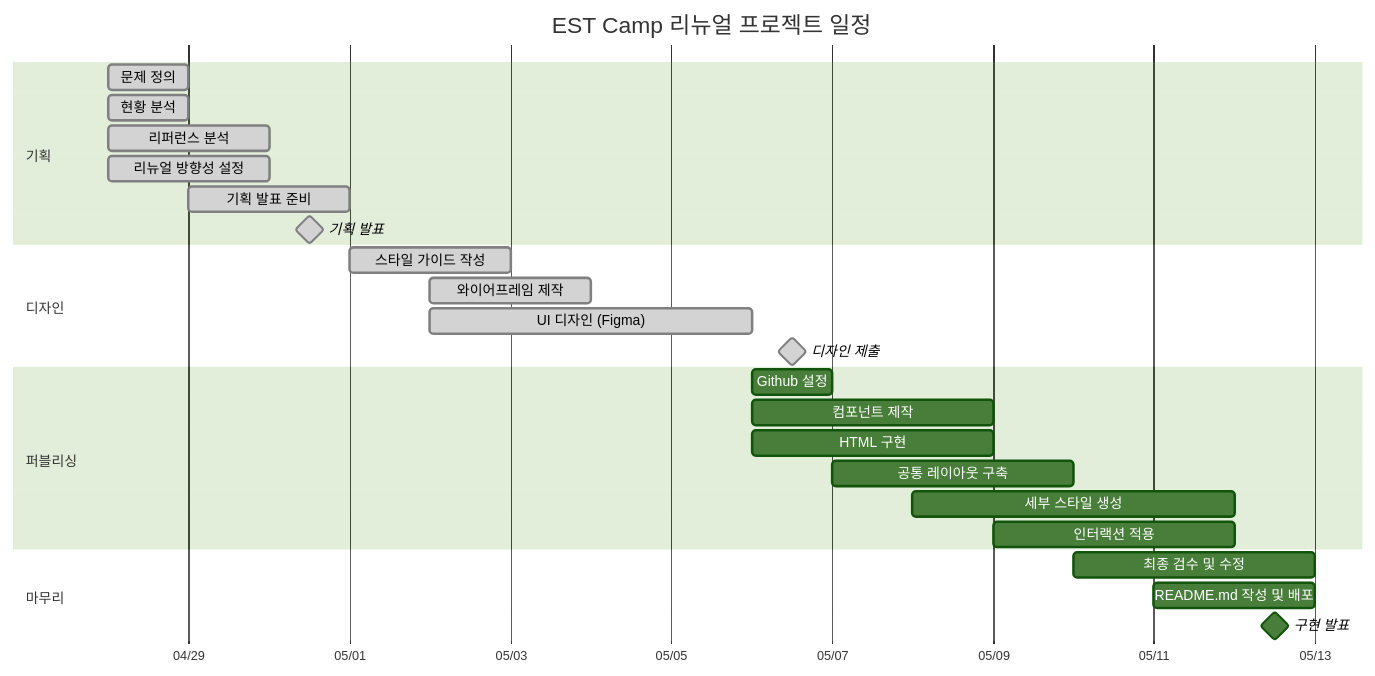
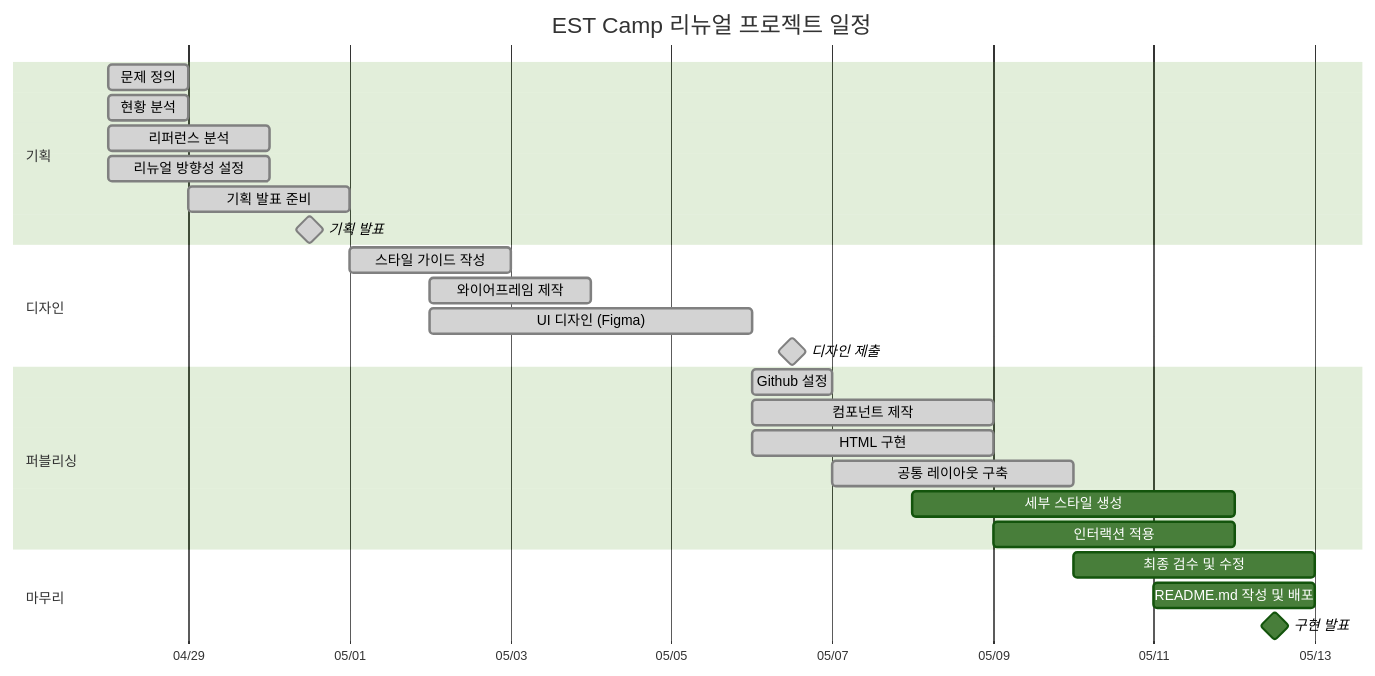
One commit to happynnah/EST_FE_13_1st_Project_clone changed the diagram in README.md. Above: the diagram before and after it, drawn with Mermaid (forest theme). The commit also changed other lines of this file, not shown here.

````diff
--- a/README.md
+++ b/README.md
@@ -82,33 +82,33 @@
 ```mermaid
 gantt
     title EST Camp 리뉴얼 프로젝트 일정
     dateFormat  YYYY-MM-DD
     axisFormat  %m/%d
 
     section 기획
     문제 정의               :done, a1, 2026-04-28, 1d
     현황 분석               :done, a2, 2026-04-28, 1d
     리퍼런스 분석            :done, a3, 2026-04-28, 2d
     리뉴얼 방향성 설정        :done, a4, 2026-04-28, 2d
     기획 발표 준비           :done, a5, 2026-04-29, 2d
     기획 발표               :done, milestone, a6, 2026-04-30, 1d
 
     section 디자인
     스타일 가이드 작성          :done, b1, 2026-05-01, 2d
     와이어프레임 제작         :done, b2, 2026-05-02, 2d
     UI 디자인 (Figma)       :done, b3, 2026-05-02, 4d
     디자인 제출             :done, milestone, b4, 2026-05-06, 1d
 
     section 퍼블리싱
-    Github 설정               :c1, 2026-05-06, 1d
-    컴포넌트 제작               :c2, 2026-05-06, 3d
-    HTML 구현                   :c3, 2026-05-06, 3d
-    공통 레이아웃 구축          :c4, 2026-05-07, 3d
+    Github 설정               :done, c1, 2026-05-06, 1d
+    컴포넌트 제작               :done, c2, 2026-05-06, 3d
+    HTML 구현                   :done, c3, 2026-05-06, 3d
+    공통 레이아웃 구축          :done, c4, 2026-05-07, 3d
     세부 스타일 생성            :c5, 2026-05-08, 4d
     인터랙션 적용              :c6, 2026-05-09, 3d
 
     section 마무리
     최종 검수 및 수정         :d1, 2026-05-10, 3d
     README.md 작성 및 배포      :d2, 2026-05-11, 2d
     구현 발표               :milestone, d3, 2026-05-12, 1d
 ```
````
